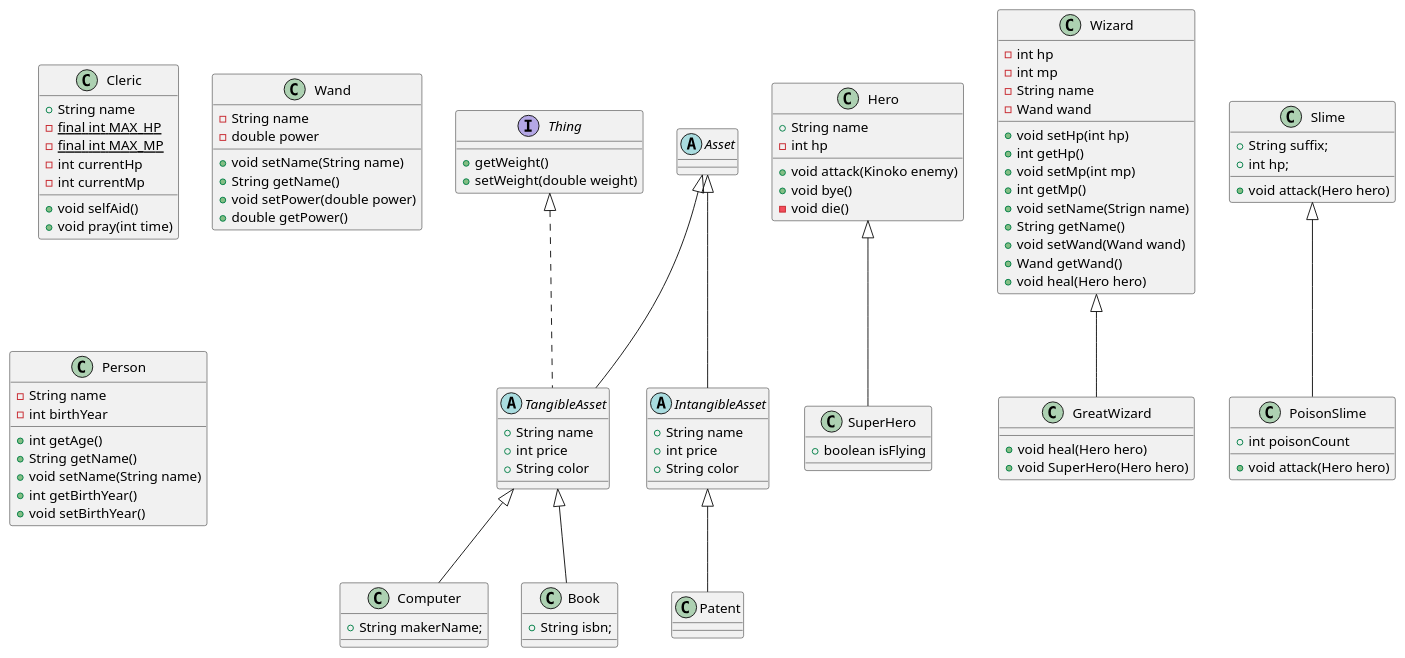
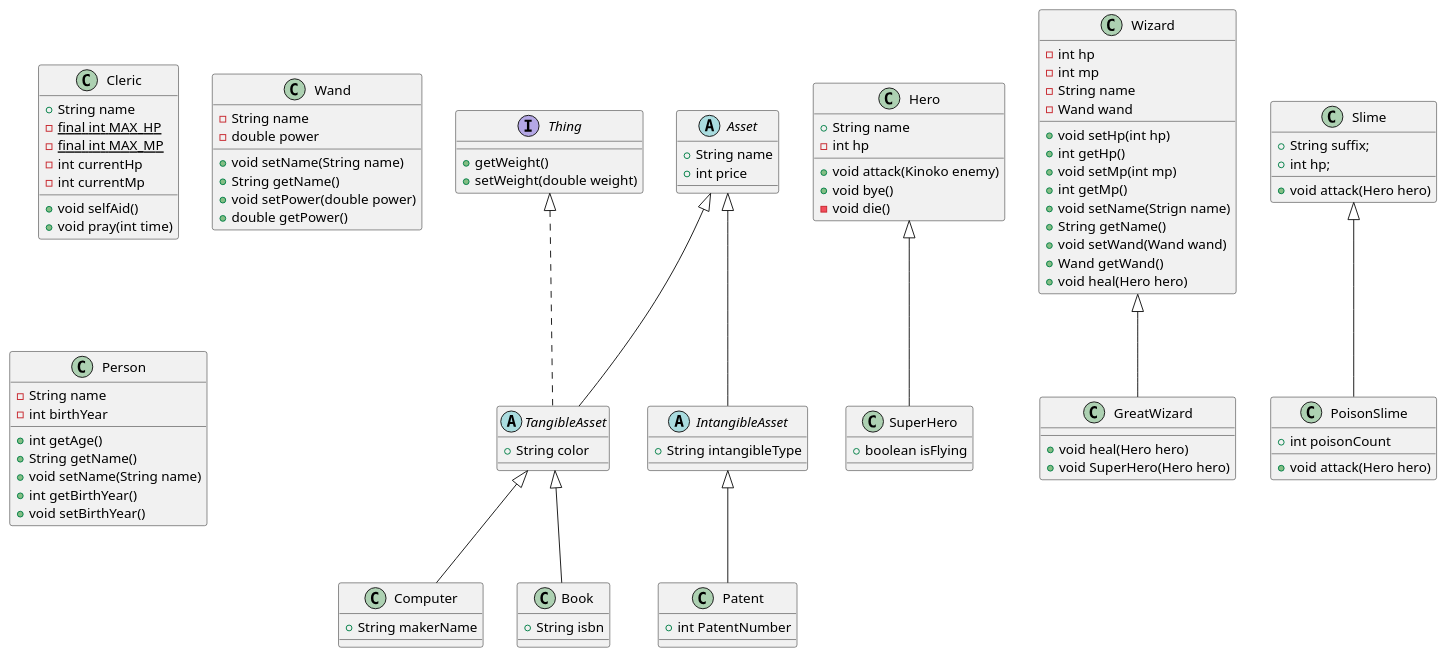
One commit to SurvivalCodingCampus/polytech_java_study changed the diagram in src/main/java/com/survivalcoding/game.puml. Above: the diagram before and after it, drawn with PlantUML.

Commit message:
design: 무형자산 변수 추가

```diff
--- a/src/main/java/com/survivalcoding/game.puml
+++ b/src/main/java/com/survivalcoding/game.puml
@@ -1,100 +1,99 @@
 @startuml
 'https://plantuml.com/class-diagram
 class Computer extends TangibleAsset{
-    + String makerName;
+    + String makerName
 }
 class Book extends TangibleAsset{
-    + String isbn;
+    + String isbn
 }
 abstract class TangibleAsset extends Asset implements Thing{
-    + String name
-    + int price
     + String color
 }
 class Patent extends IntangibleAsset{
+    + int PatentNumber
 }
 abstract class IntangibleAsset extends Asset{
+    + String intangibleType
+}
+abstract class Asset{
     + String name
     + int price
-    + String color
-}
-abstract class Asset{
 }
 interface Thing{
     + getWeight()
     + setWeight(double weight)
 }
 
 class SuperHero extends Hero{
     + boolean isFlying
 }
 
 class Cleric{
     + String name
     - {static} final int MAX_HP
     - {static} final int MAX_MP
     - int currentHp
     - int currentMp
 
     + void selfAid()
     + void pray(int time)
 
 }
 class Hero {
     + String name
     - int hp
 
     + void attack(Kinoko enemy)
     + void bye()
     - void die()
 }
 class Wizard{
     - int hp
     - int mp
     - String name
     - Wand wand
 
     + void setHp(int hp)
     + int getHp()
     + void setMp(int mp)
     + int getMp()
     + void setName(Strign name)
     + String getName()
     + void setWand(Wand wand)
     + Wand getWand()
     + void heal(Hero hero)
 }
 class GreatWizard extends Wizard{
     + void heal(Hero hero)
     + void SuperHero(Hero hero)
 }
 class Slime{
     + String suffix;
     + int hp;
     + void attack(Hero hero)
 }
 class PoisonSlime extends Slime{
     + int poisonCount
     + void attack(Hero hero)
 }
 class Wand{
     - String name
     - double power
 
     + void setName(String name)
     + String getName()
     + void setPower(double power)
     + double getPower()
 }
 
 class Person{
     - String name
     - int birthYear
 
     + int getAge()
     + String getName()
     + void setName(String name)
     + int getBirthYear()
     + void setBirthYear()
 }
 @enduml
```
